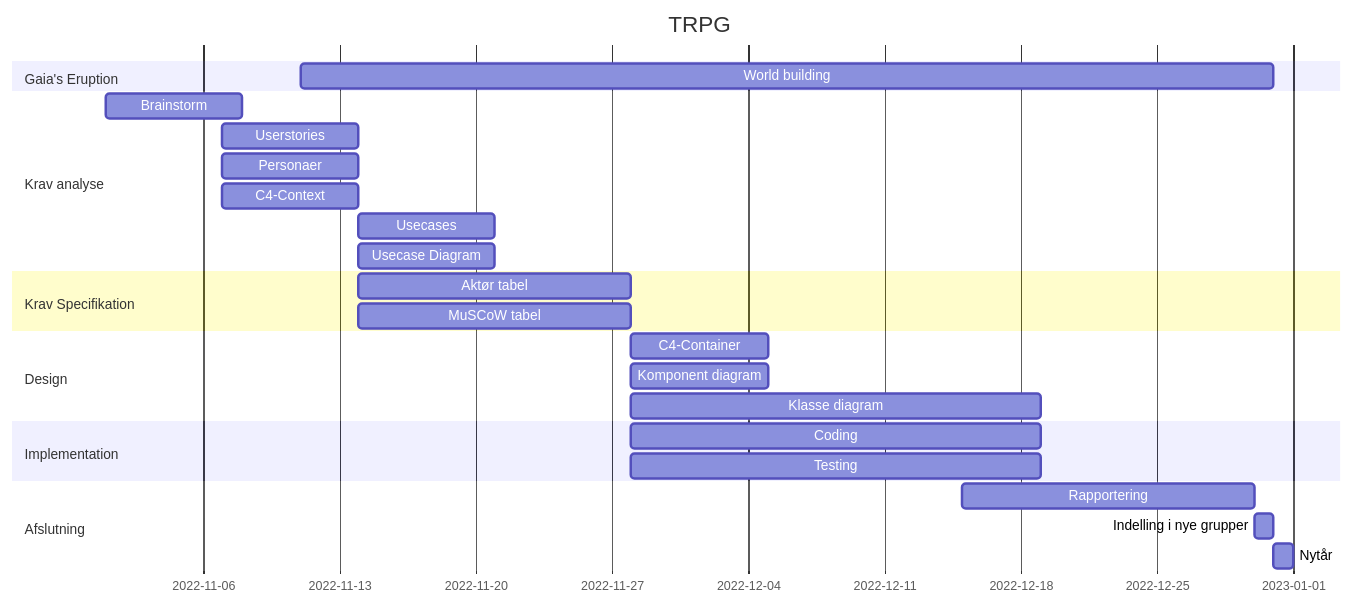
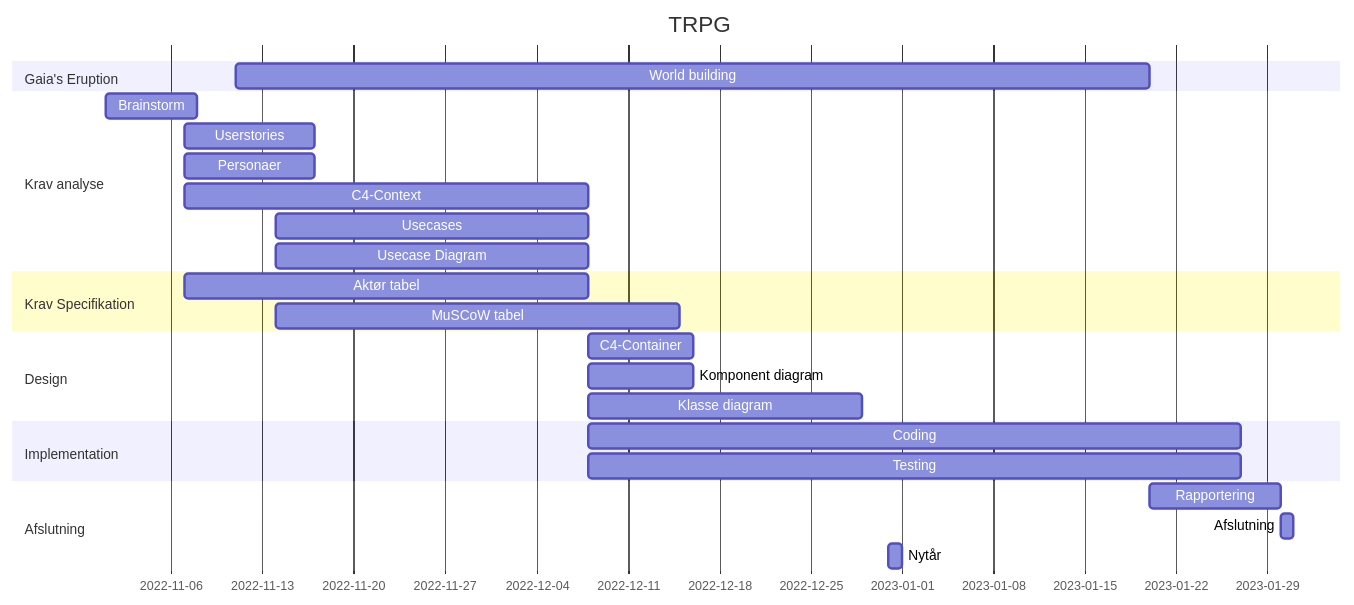
Before and after one commit to Jesper-Hansenberg/TRPG: the diagram in README.md, drawn with Mermaid.

Commit message:
Kalender

````diff
--- a/README.md
+++ b/README.md
@@ -73,33 +73,34 @@
 ```mermaid
 gantt
     title TRPG
     dateFormat  YYYY-MM-DD
     section Gaia's Eruption
-      World building  :2022-11-11, 50d
+      World building  :2022-11-11, 70d
 
     section Krav analyse
       Brainstorm      :2022-11-01, 7d
-      Userstories     :2022-11-07, 7d
-      Personaer       :2022-11-07, 7d
-      C4-Context      :2022-11-07, 7d
-      Usecases        :2022-11-14, 7d
-      Usecase Diagram :2022-11-14, 7d
+      Userstories     :2022-11-07, 10d
+      Personaer       :2022-11-07, 10d
+      C4-Context      :2022-11-07, 31d
+      Usecases        :2022-11-14, 24d
+      Usecase Diagram :2022-11-14, 24d
 
     section Krav Specifikation
-      Aktør tabel     :2022-11-14, 14d
-      MuSCoW tabel    :2022-11-14, 14d
+      Aktør tabel     :2022-11-07, 31d
+      MuSCoW tabel    :2022-11-14, 31d
 
     section Design
-      C4-Container      :2022-11-28, 7d
-      Komponent diagram :2022-11-28, 7d
-      Klasse diagram    :2022-11-28, 21d
+      C4-Container      :2022-12-08, 8d
+      Komponent diagram :2022-12-08, 8d
+      Klasse diagram    :2022-12-08, 21d
     
     section Implementation
-      Coding            :2022-11-28, 21d
-      Testing           :2022-11-28, 21d
+      Coding            :2022-12-08, 50d
+      Testing           :2022-12-08, 50d
 
     section Afslutning
-      Rapportering                 :2022-12-15  , 15d
-      Indelling i nye grupper      :2022-12-30  , 1d
-      Nytår      : 1d
+      Rapportering              :2023-01-20, 10d
+      Afslutning                :2023-01-30, 1d
+      Nytår                     :2022-12-31, 1d
+
 ```
````
